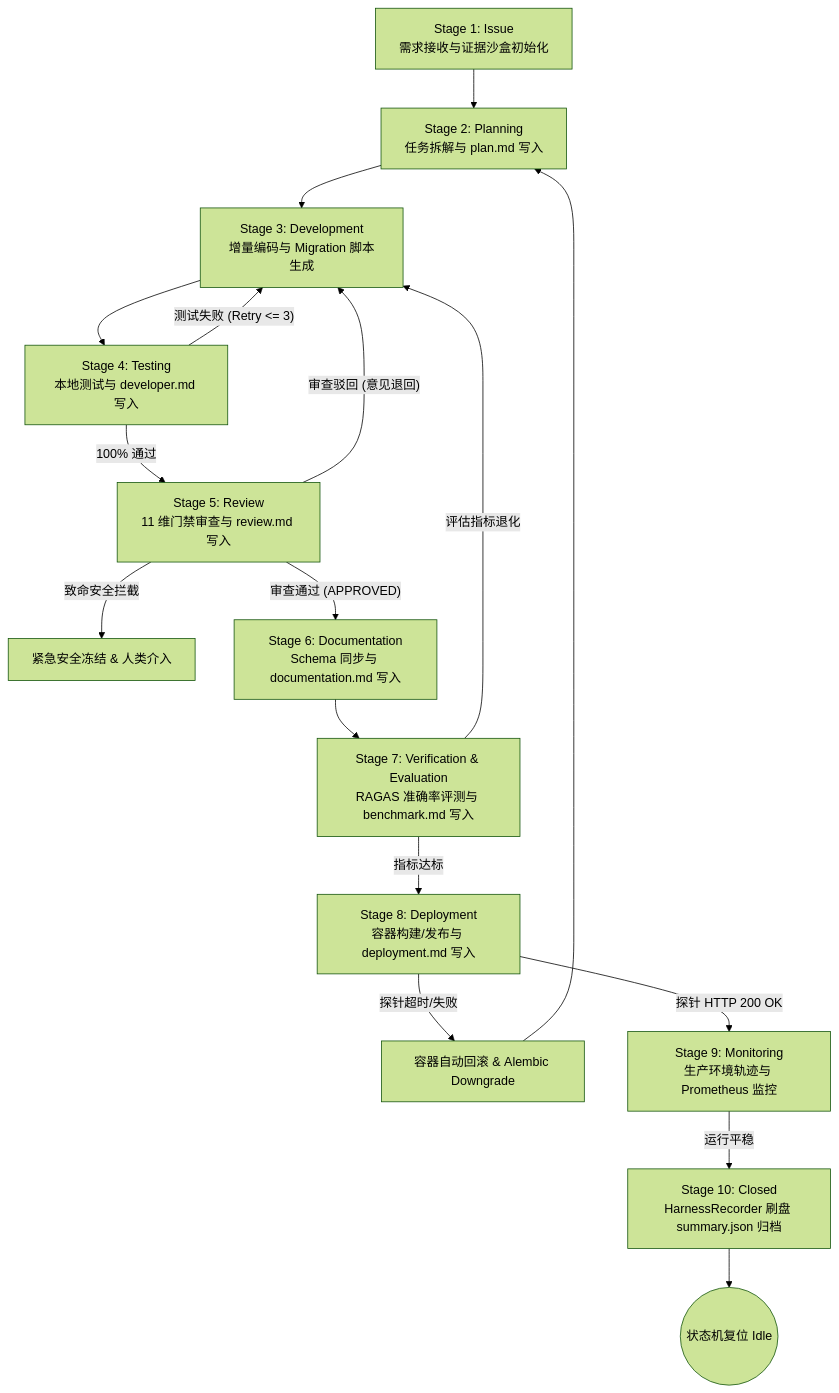
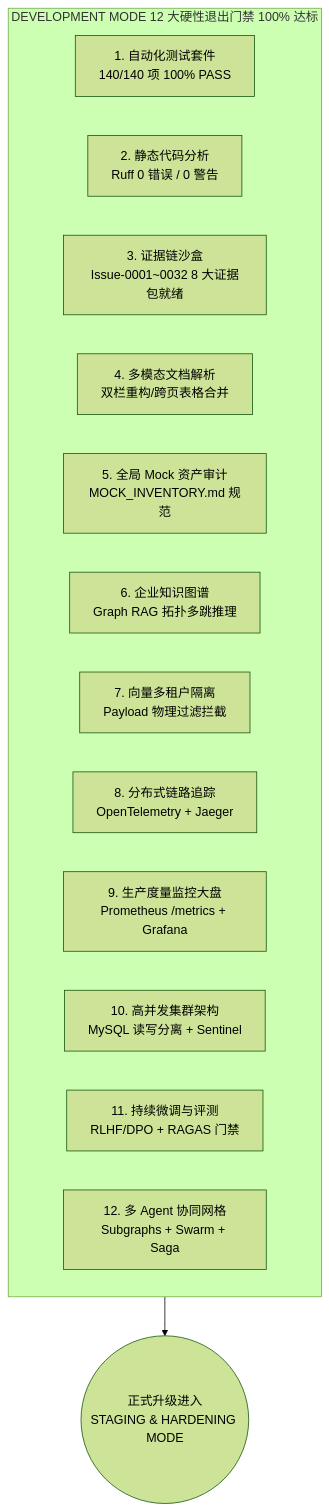
The second of 3 diagrams in docs/PROJECT_PROGRESS.md (Tomatos32/Enterprise-AI-Digital-Assistant), drawn with Mermaid (forest theme) before and after one commit. The commit also changed other lines of this file and 2 other files, not shown here.

````diff
--- a/docs/PROJECT_PROGRESS.md
+++ b/docs/PROJECT_PROGRESS.md
@@ -200,31 +92,18 @@
 ```mermaid
-flowchart TD
-    %% 阶段 1 到 4
-    S1[Stage 1: Issue<br/>需求接收与证据沙盒初始化] --> S2[Stage 2: Planning<br/>任务拆解与 plan.md 写入]
-    S2 --> S3[Stage 3: Development<br/>增量编码与 Migration 脚本生成]
-    S3 --> S4[Stage 4: Testing<br/>本地测试与 developer.md 写入]
-
-    %% 阶段 4 重试回路
-    S4 -- 测试失败 (Retry <= 3) --> S3
-
-    %% 阶段 5 审查
-    S4 -- 100% 通过 --> S5[Stage 5: Review<br/>11 维门禁审查与 review.md 写入]
-    S5 -- 审查驳回 (意见退回) --> S3
-    S5 -- 致命安全拦截 --> EmergencyStop[紧急安全冻结 & 人类介入]
-
-    %% 阶段 6 到 8
-    S5 -- 审查通过 (APPROVED) --> S6[Stage 6: Documentation<br/>Schema 同步与 documentation.md 写入]
-    S6 --> S7[Stage 7: Verification & Evaluation<br/>RAGAS 准确率评测与 benchmark.md 写入]
-    S7 -- 评估指标退化 --> S3
-    S7 -- 指标达标 --> S8[Stage 8: Deployment<br/>容器构建/发布与 deployment.md 写入]
-
-    %% 阶段 8 回滚回路
-    S8 -- 探针超时/失败 --> Rollback[容器自动回滚 & Alembic Downgrade]
-    Rollback --> S2
-
-    %% 阶段 9 到 10 闭环
-    S8 -- 探针 HTTP 200 OK --> S9[Stage 9: Monitoring<br/>生产环境轨迹与 Prometheus 监控]
-    S9 -- 运行平稳 --> S10[Stage 10: Closed<br/>HarnessRecorder 刷盘 summary.json 归档]
-
-    S10 --> Finish((状态机复位 Idle))
+graph TD
+    subgraph Dev_Exit_Gates [DEVELOPMENT MODE 12 大硬性退出门禁 100% 达标]
+        D1[1. 自动化测试套件<br/>140/140 项 100% PASS]
+        D2[2. 静态代码分析<br/>Ruff 0 错误 / 0 警告]
+        D3[3. 证据链沙盒<br/>Issue-0001~0032 8 大证据包就绪]
+        D4[4. 多模态文档解析<br/>双栏重构/跨页表格合并]
+        D5[5. 全局 Mock 资产审计<br/>MOCK_INVENTORY.md 规范]
+        D6[6. 企业知识图谱<br/>Graph RAG 拓扑多跳推理]
+        D7[7. 向量多租户隔离<br/>Payload 物理过滤拦截]
+        D8[8. 分布式链路追踪<br/>OpenTelemetry + Jaeger]
+        D9[9. 生产度量监控大盘<br/>Prometheus /metrics + Grafana]
+        D10[10. 高并发集群架构<br/>MySQL 读写分离 + Sentinel]
+        D11[11. 持续微调与评测<br/>RLHF/DPO + RAGAS 门禁]
+        D12[12. 多 Agent 协同网格<br/>Subgraphs + Swarm + Saga]
+    end
+    Dev_Exit_Gates --> ModeUpgrade((正式升级进入<br/>STAGING & HARDENING MODE))
 ```
````
